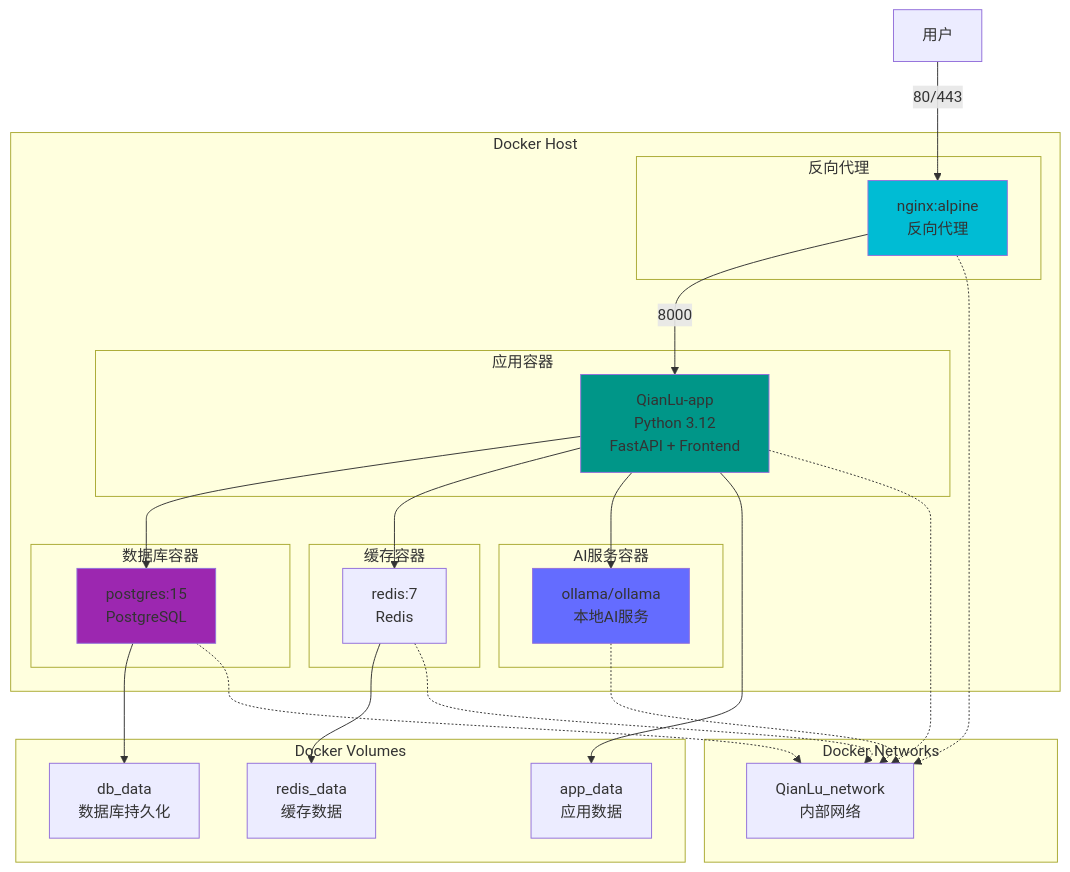
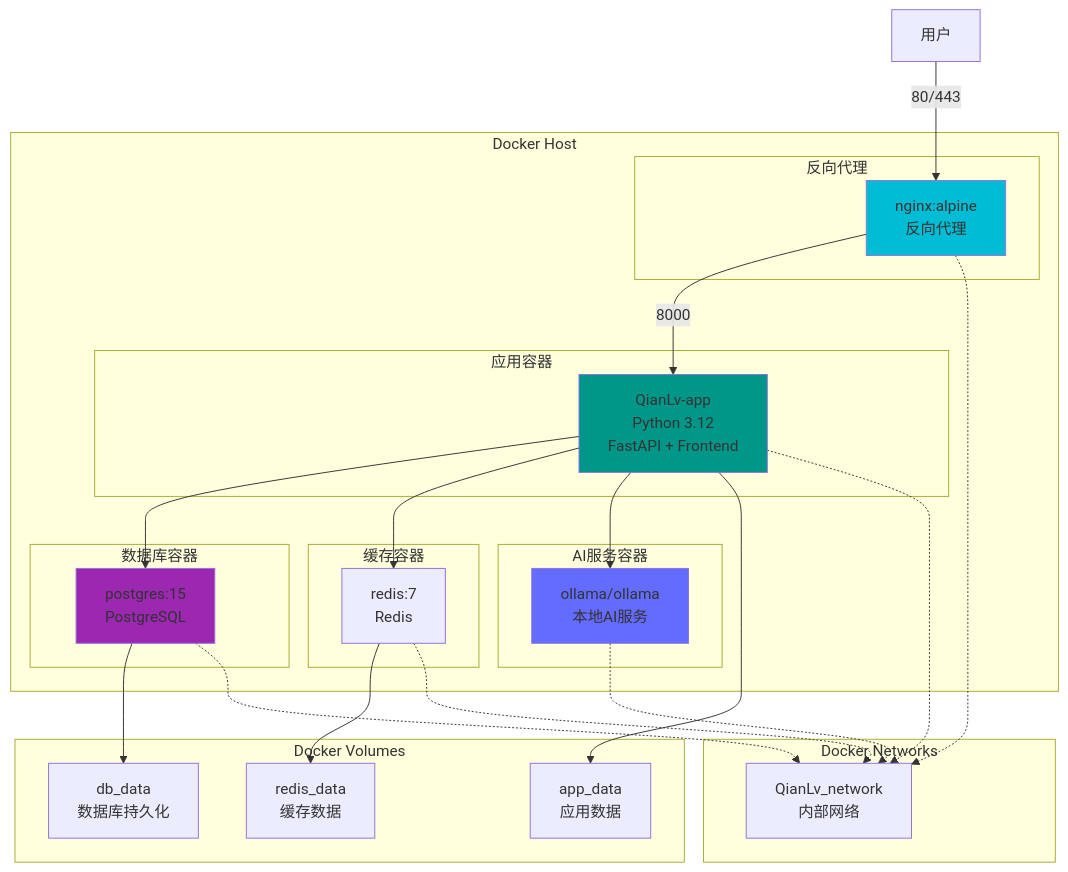
One commit to lsg1103275794/QianLu changed diagram 14 of 19 in 系统架构与流程图.md. Above: the diagram before and after it, drawn with Mermaid. The commit also changed other lines of this file and 10 other files, not shown here.

````diff
--- a/系统架构与流程图.md
+++ b/系统架构与流程图.md
@@ -676,51 +676,51 @@
 ```mermaid
 graph TB
     subgraph "Docker Host"
         subgraph "应用容器"
-            App[QianLu-app<br/>Python 3.12<br/>FastAPI + Frontend]
+            App[QianLv-app<br/>Python 3.12<br/>FastAPI + Frontend]
         end
         
         subgraph "数据库容器"
             DB[postgres:15<br/>PostgreSQL]
         end
         
         subgraph "缓存容器"
             Cache[redis:7<br/>Redis]
         end
         
         subgraph "反向代理"
             Nginx[nginx:alpine<br/>反向代理]
         end
         
         subgraph "AI服务容器"
             OllamaC[ollama/ollama<br/>本地AI服务]
         end
     end
     
     subgraph "Docker Volumes"
         Vol1[db_data<br/>数据库持久化]
         Vol2[app_data<br/>应用数据]
         Vol3[redis_data<br/>缓存数据]
     end
     
     subgraph "Docker Networks"
-        Net[QianLu_network<br/>内部网络]
+        Net[QianLv_network<br/>内部网络]
     end
     
     Users[用户] -->|80/443| Nginx
     Nginx -->|8000| App
     App --> DB
     App --> Cache
     App --> OllamaC
     
     DB --> Vol1
     App --> Vol2
     Cache --> Vol3
     
     App & DB & Cache & Nginx & OllamaC -.-> Net
     
     style Nginx fill:#00bcd4
     style App fill:#009688
     style DB fill:#9C27B0
     style OllamaC fill:#646cff
 ```
````
